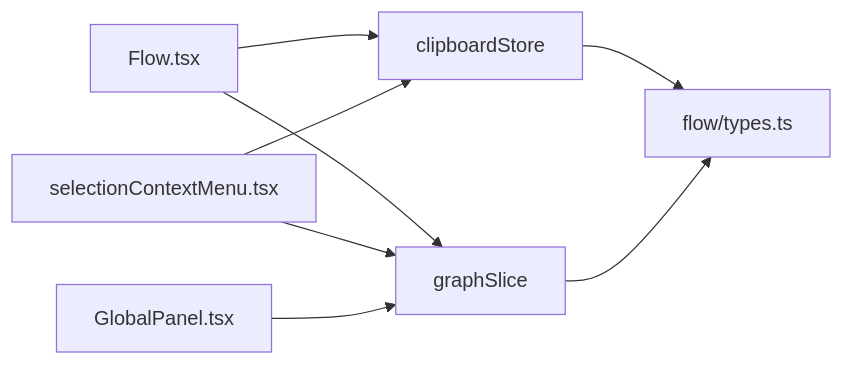
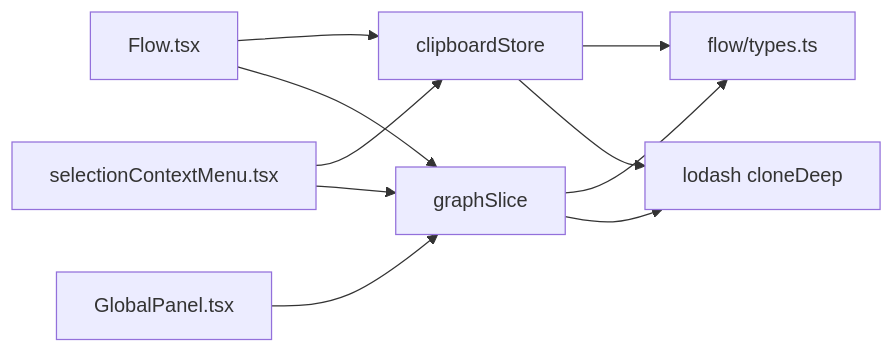
Before and after one commit to kqcoxn/MaaPipelineEditor: the seventh of 7 diagrams in .qoder/repowiki/zh/content/状态管理系统/专用状态管理/剪贴板状态管理.md, drawn with Mermaid. The commit also changed other lines of this file and 37 other files, not shown here.

````diff
--- a/.qoder/repowiki/zh/content/状态管理系统/专用状态管理/剪贴板状态管理.md
+++ b/.qoder/repowiki/zh/content/状态管理系统/专用状态管理/剪贴板状态管理.md
@@ -253,10 +264,12 @@
 ```mermaid
 graph LR
 CS["clipboardStore"] --> T["flow/types.ts"]
 K["Flow.tsx"] --> CS
 K --> GS["graphSlice"]
 SCM["selectionContextMenu.tsx"] --> CS
 SCM --> GS
 GP["GlobalPanel.tsx"] --> GS
 GS --> T
+GS --> LD["lodash cloneDeep"]
+CS --> LD
 ```
````
